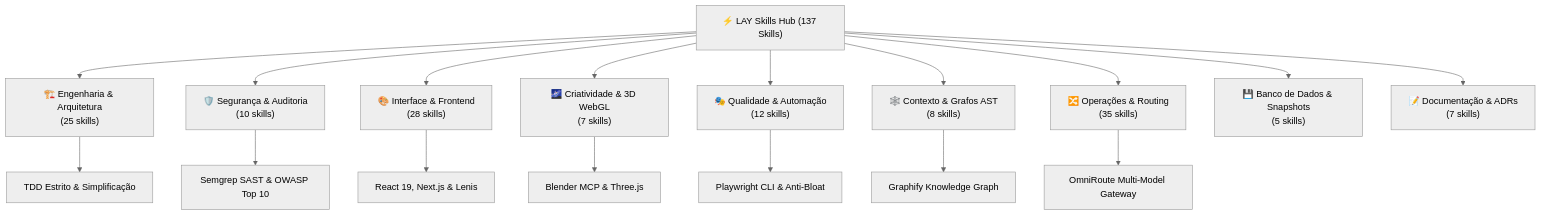
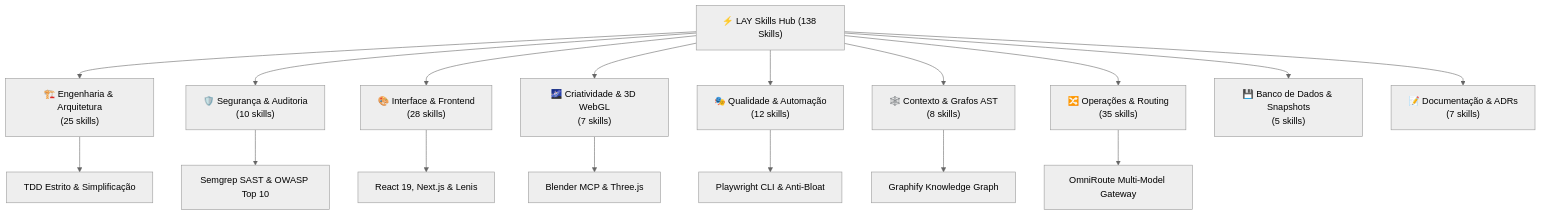
The diagram in README.md (Lound-Angry-Young/LAY-Skills-Hub), drawn with Mermaid (neutral theme) before and after one commit. The commit also changed other lines of this file and 1 other file, not shown here.

Commit message:
docs(hub): 📝 prepare v2 installation and release documentation

````diff
--- a/README.md
+++ b/README.md
@@ -162,22 +163,22 @@
 ```mermaid
 flowchart TD
-    HUB["⚡ LAY Skills Hub (137 Skills)"]
+    HUB["⚡ LAY Skills Hub (138 Skills)"]
     
     HUB --> ENG["🏗️ Engenharia & Arquitetura<br>(25 skills)"]
     HUB --> SEC["🛡️ Segurança & Auditoria<br>(10 skills)"]
     HUB --> UI["🎨 Interface & Frontend<br>(28 skills)"]
     HUB --> C3D["🌌 Criatividade & 3D WebGL<br>(7 skills)"]
     HUB --> QA["🎭 Qualidade & Automação<br>(12 skills)"]
     HUB --> CTX["🕸️ Contexto & Grafos AST<br>(8 skills)"]
     HUB --> OPS["🔀 Operações & Routing<br>(35 skills)"]
     HUB --> DB["💾 Banco de Dados & Snapshots<br>(5 skills)"]
     HUB --> DOC["📝 Documentação & ADRs<br>(7 skills)"]
 
     ENG --> ENG_TDD["TDD Estrito & Simplificação"]
     SEC --> SEC_SAST["Semgrep SAST & OWASP Top 10"]
     UI --> UI_REACT["React 19, Next.js & Lenis"]
     C3D --> C3D_BLENDER["Blender MCP & Three.js"]
     QA --> QA_PW["Playwright CLI & Anti-Bloat"]
     CTX --> CTX_GRAPH["Graphify Knowledge Graph"]
     OPS --> OPS_OMNI["OmniRoute Multi-Model Gateway"]
 ```
````
